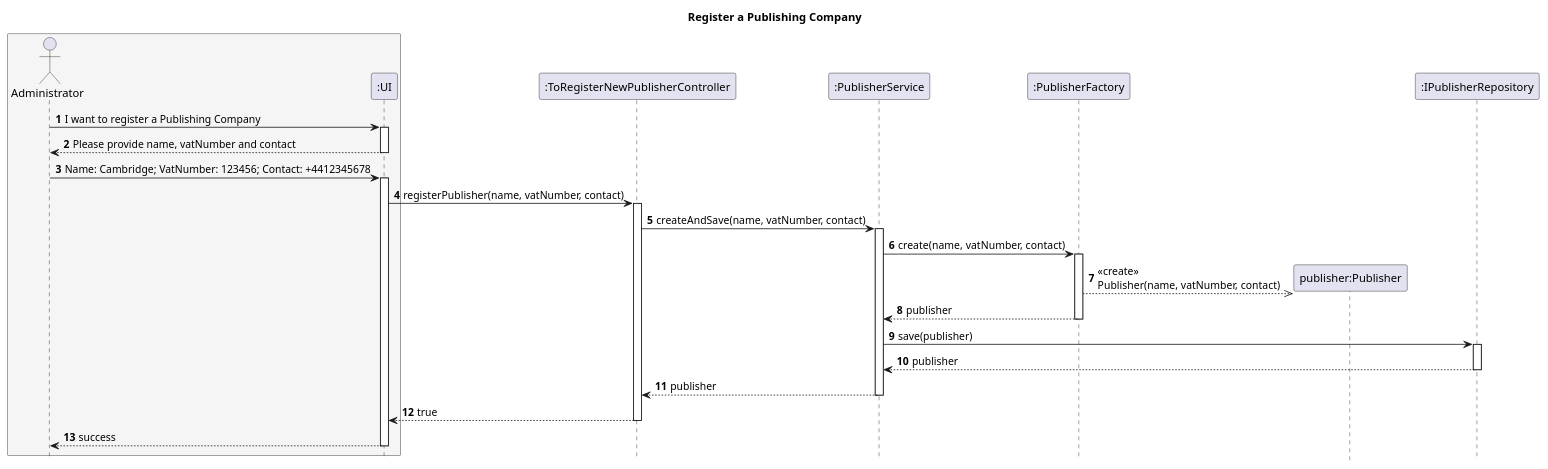
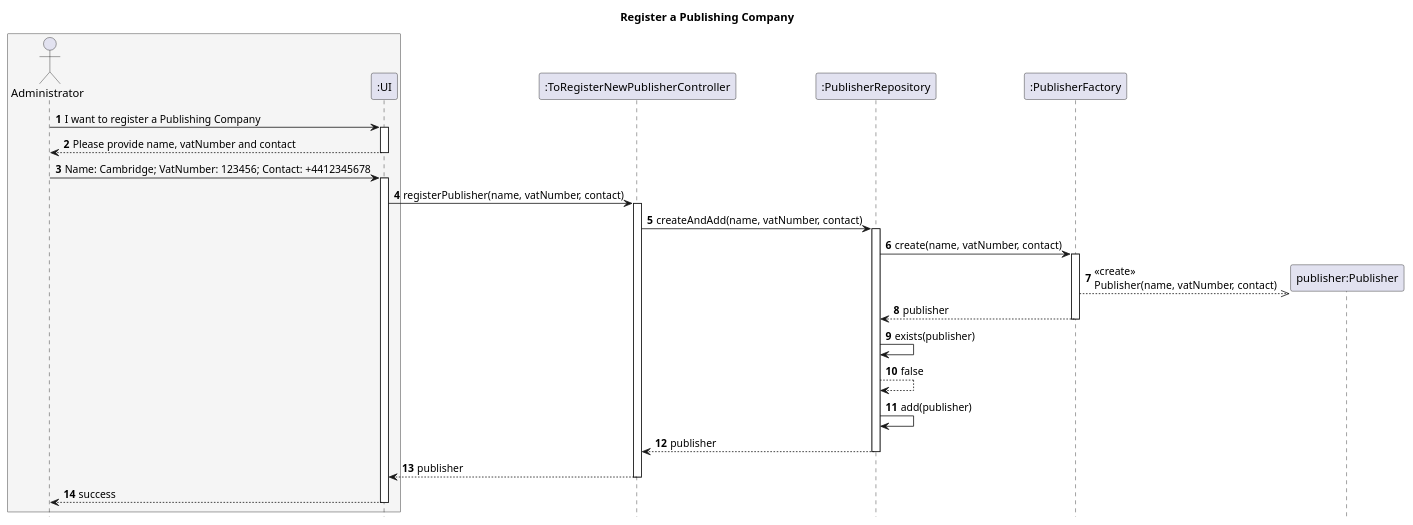
The diagram in Diagrams/SequenceDiagrams/N2/To-register-a-publishing-company-in-the-system.puml (AndrePereiraGitH/SWitCH-Project-Team_A), drawn with PlantUML before and after one commit. The commit also changed 3 other files, not shown here.

```diff
--- a/Diagrams/SequenceDiagrams/N2/To-register-a-publishing-company-in-the-system.puml
+++ b/Diagrams/SequenceDiagrams/N2/To-register-a-publishing-company-in-the-system.puml
@@ -1,47 +1,44 @@
 @startuml
 hide footbox
 autonumber
 title Register a Publishing Company
 
 box #WhiteSmoke
 actor Administrator
 participant ":UI" as UI
 end box
 participant ":ToRegisterNewPublisherController" as Controller
-participant ":PublisherService" as Service
-participant ":PublisherFactory" as Factory
+participant ":PublisherRepository" as PublisherRepository
+participant ":PublisherFactory" as PublisherFactory
 participant "publisher:Publisher" as Publisher
-participant ":IPublisherRepository" as Repository
 
 Administrator -> UI : I want to register a Publishing Company
 activate UI
 UI --> Administrator : Please provide name, vatNumber and contact
 deactivate UI
 
 Administrator -> UI : Name: Cambridge; VatNumber: 123456; Contact: +4412345678
 activate UI
 UI -> Controller : registerPublisher(name, vatNumber, contact)
 activate Controller
 
-Controller -> Service : createAndSave(name, vatNumber, contact)
-activate Service
+Controller -> PublisherRepository : createAndAdd(name, vatNumber, contact)
+activate PublisherRepository
 
-Service -> Factory : create(name, vatNumber, contact)
-activate Factory
-Factory -->> Publisher ** : <<create>>\nPublisher(name, vatNumber, contact)
-Factory --> Service : publisher
-deactivate Factory
+PublisherRepository -> PublisherFactory : create(name, vatNumber, contact)
+activate PublisherFactory
+PublisherFactory -->> Publisher ** : <<create>>\nPublisher(name, vatNumber, contact)
+PublisherFactory --> PublisherRepository : publisher
+deactivate PublisherFactory
 
-Service -> Repository : save(publisher)
-activate Repository
-Repository --> Service : publisher
-deactivate Repository
+PublisherRepository -> PublisherRepository : exists(publisher)
+PublisherRepository --> PublisherRepository : false
+PublisherRepository -> PublisherRepository : add(publisher)
+PublisherRepository --> Controller : publisher
+deactivate PublisherRepository
 
-Service --> Controller : publisher
-deactivate Service
-
-Controller --> UI : true
+Controller --> UI : publisher
 deactivate Controller
 UI --> Administrator : success
 deactivate UI
 @enduml
```
